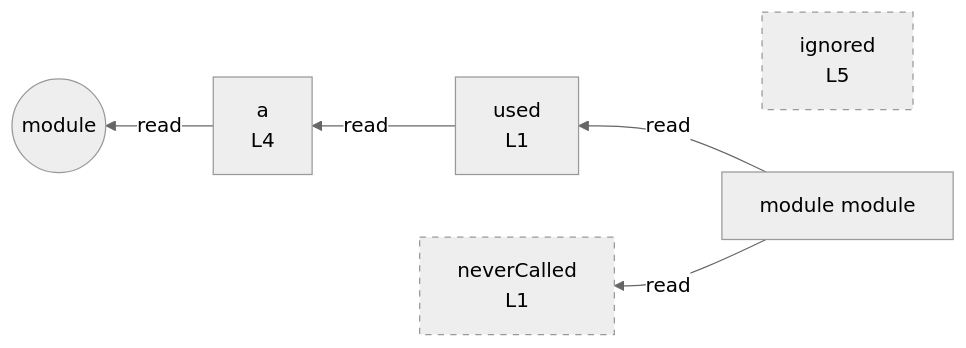
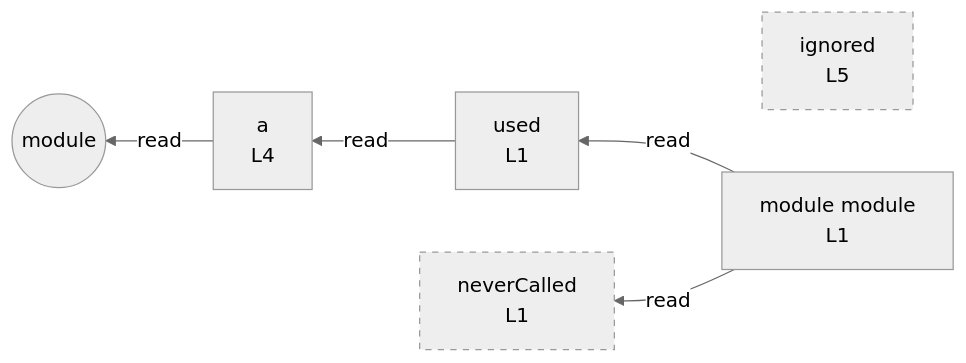
The diagram in integration/fixtures/unused-and-var/preview.md (crescware/unsnarl), drawn with Mermaid (neutral theme) before and after one commit. The commit also changed 7 other files, not shown here.

First line of the commit message:
feat(mermaid): label module/import-original nodes with line numbers

````diff
--- a/integration/fixtures/unused-and-var/preview.md
+++ b/integration/fixtures/unused-and-var/preview.md
@@ -17,16 +17,16 @@
 ```mermaid
 flowchart RL
   n_scope_0_used_9["used<br/>L1"]
   n_scope_0_neverCalled_15["neverCalled<br/>L1"]
   n_scope_0_a_67["a<br/>L4"]
   n_scope_0_ignored_83["ignored<br/>L5"]
   n_scope_0_used_9 -->|read| n_scope_0_a_67
   n_scope_0_a_67 -->|read| module_root
   module_root((module))
-  mod_module["module module"]
+  mod_module["module module<br/>L1"]
   mod_module -->|read| n_scope_0_used_9
   mod_module -->|read| n_scope_0_neverCalled_15
   classDef unused stroke-dasharray: 5 5;
   class n_scope_0_neverCalled_15 unused;
   class n_scope_0_ignored_83 unused;
 ```
````
